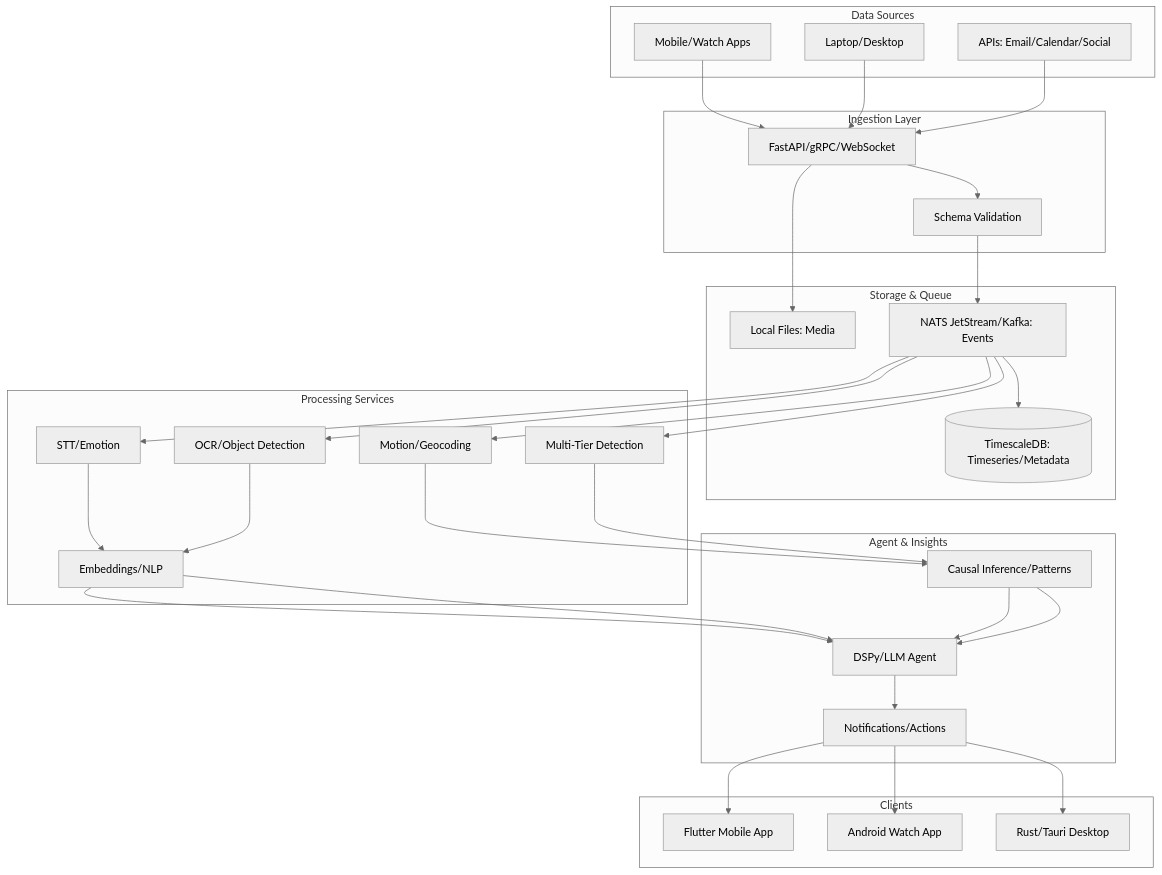
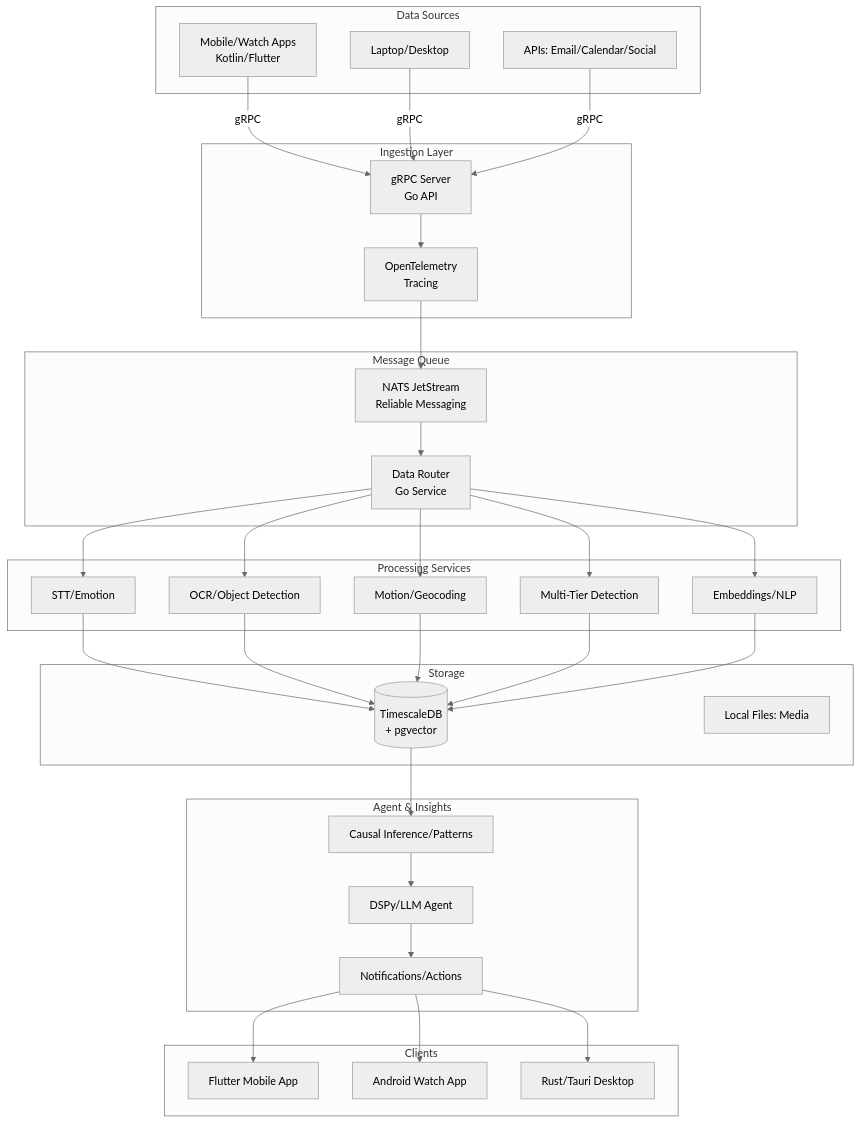
Before and after one commit to baocin/am: the diagram in readme.md, drawn with Mermaid (neutral theme). The commit also changed other lines of this file and 1 other file, not shown here.

First line of the commit message:
Update architecture to gRPC + NATS JetStream + TimescaleDB

````diff
--- a/readme.md
+++ b/readme.md
@@ -72,52 +72,58 @@
 ```mermaid
 graph TD
     subgraph "Data Sources"
-        Mobile[Mobile/Watch Apps]
+        Mobile[Mobile/Watch Apps<br/>Kotlin/Flutter]
         Laptop[Laptop/Desktop]
         External[APIs: Email/Calendar/Social]
     end
 
     subgraph "Ingestion Layer"
-        API[FastAPI/gRPC/WebSocket]
-        Validators[Schema Validation]
+        GRPC[gRPC Server<br/>Go API]
+        OTel[OpenTelemetry<br/>Tracing]
     end
 
-    subgraph "Storage & Queue"
-        DB[(TimescaleDB: Timeseries/Metadata)]
+    subgraph "Message Queue"
+        NATS[NATS JetStream<br/>Reliable Messaging]
+        Router[Data Router<br/>Go Service]
+    end
+
+    subgraph "Storage"
+        TSDBec[(TimescaleDB<br/>+ pgvector)]
         Files[Local Files: Media]
-        Queue[NATS JetStream/Kafka: Events]
     end
 
     subgraph "Processing Services"
         Audio[STT/Emotion]
         Vision[OCR/Object Detection]
         Sensors[Motion/Geocoding]
         Anomaly[Multi-Tier Detection]
         Embed[Embeddings/NLP]
     end
 
     subgraph "Agent & Insights"
         LLM[DSPy/LLM Agent]
         Notify[Notifications/Actions]
         Analytics[Causal Inference/Patterns]
     end
 
     subgraph "Clients"
         App[Flutter Mobile App]
         Watch[Android Watch App]
         Desktop[Rust/Tauri Desktop]
     end
 
-    Mobile --> API
-    Laptop --> API
-    External --> API
-    API --> Validators --> Queue --> DB
-    API --> Files
-    Queue --> Audio --> Embed --> LLM
-    Queue --> Vision --> Embed --> LLM
-    Queue --> Sensors --> Analytics --> LLM
-    Queue --> Anomaly --> Analytics --> LLM
+    Mobile -->|gRPC| GRPC
+    Laptop -->|gRPC| GRPC
+    External -->|gRPC| GRPC
+    GRPC --> OTel --> NATS
+    NATS --> Router
+    Router --> Audio --> TSDBec
+    Router --> Vision --> TSDBec
+    Router --> Sensors --> TSDBec
+    Router --> Anomaly --> TSDBec
+    Router --> Embed --> TSDBec
+    TSDBec --> Analytics --> LLM
     LLM --> Notify --> App
     Notify --> Watch
     Notify --> Desktop
 ```
````
